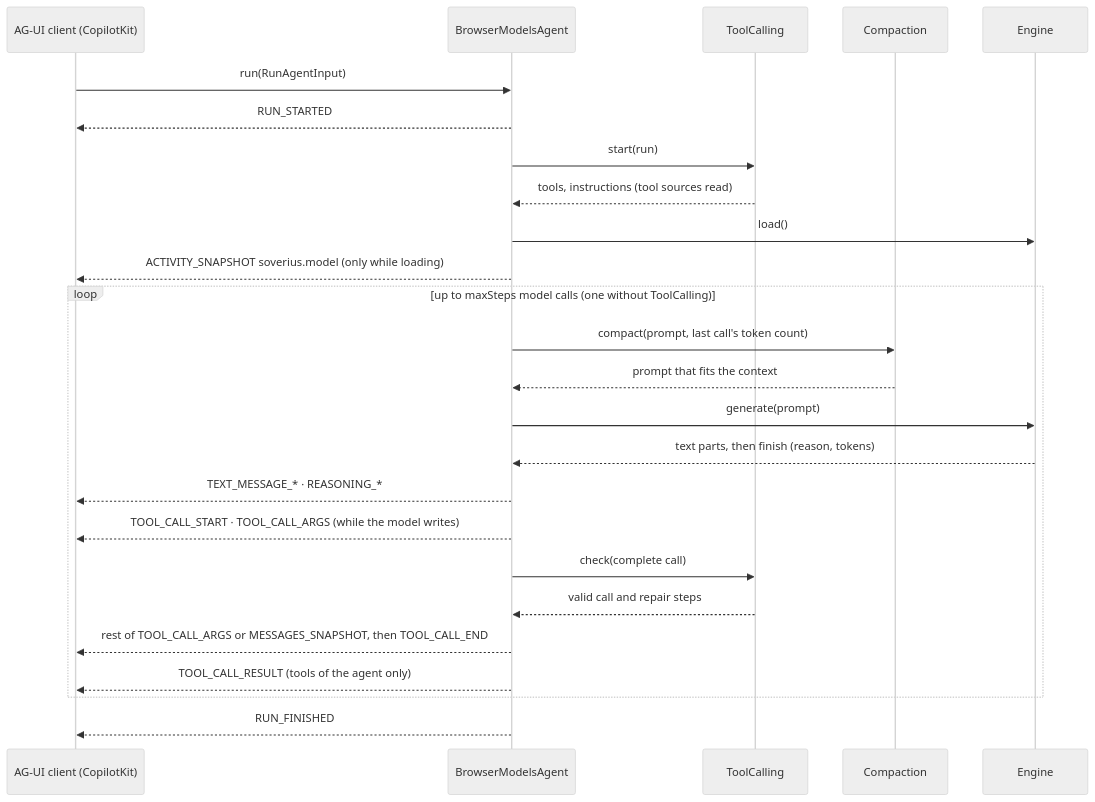
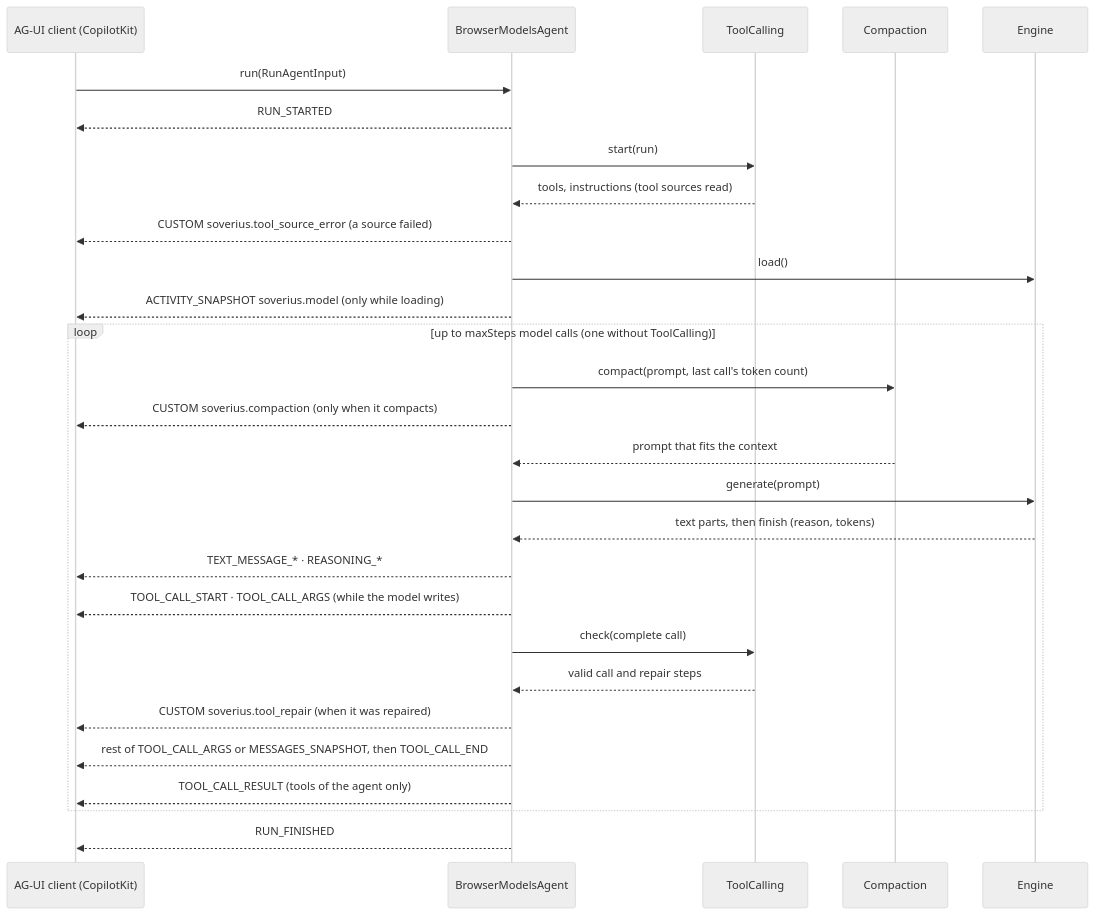
The diagram in apps/docs/docs/architecture/run.md (Soverius-AI/browser-models), drawn with Mermaid (neutral theme) before and after one commit. The commit also changed 114 other files, not shown here.

````diff
--- a/apps/docs/docs/architecture/run.md
+++ b/apps/docs/docs/architecture/run.md
@@ -7,27 +7,30 @@
 ```mermaid
 sequenceDiagram
   participant C as AG-UI client (CopilotKit)
   participant A as BrowserModelsAgent
   participant T as ToolCalling
   participant K as Compaction
   participant E as Engine
   C->>A: run(RunAgentInput)
   A-->>C: RUN_STARTED
   A->>T: start(run)
   T-->>A: tools, instructions (tool sources read)
+  A-->>C: CUSTOM soverius.tool_source_error (a source failed)
   A->>E: load()
   A-->>C: ACTIVITY_SNAPSHOT soverius.model (only while loading)
   loop up to maxSteps model calls (one without ToolCalling)
     A->>K: compact(prompt, last call's token count)
+    A-->>C: CUSTOM soverius.compaction (only when it compacts)
     K-->>A: prompt that fits the context
     A->>E: generate(prompt)
     E-->>A: text parts, then finish (reason, tokens)
     A-->>C: TEXT_MESSAGE_* · REASONING_*
     A-->>C: TOOL_CALL_START · TOOL_CALL_ARGS (while the model writes)
     A->>T: check(complete call)
     T-->>A: valid call and repair steps
+    A-->>C: CUSTOM soverius.tool_repair (when it was repaired)
     A-->>C: rest of TOOL_CALL_ARGS or MESSAGES_SNAPSHOT, then TOOL_CALL_END
     A-->>C: TOOL_CALL_RESULT (tools of the agent only)
   end
   A-->>C: RUN_FINISHED
 ```
````
